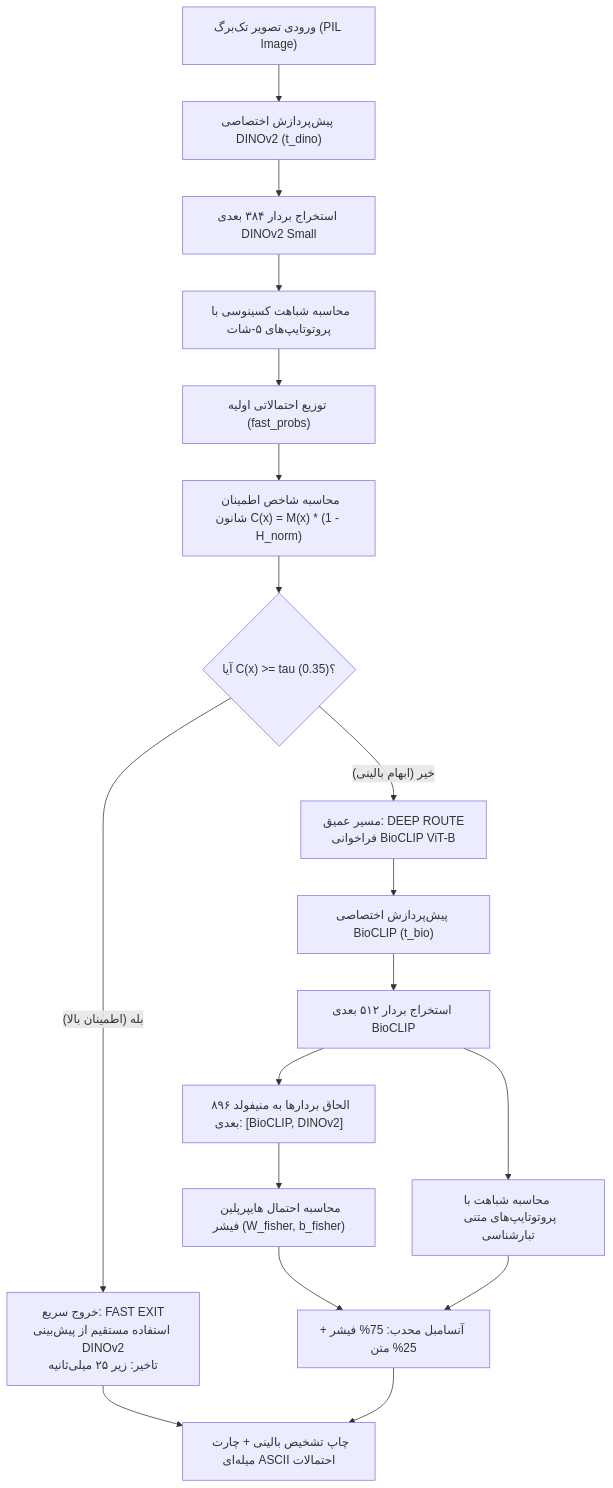
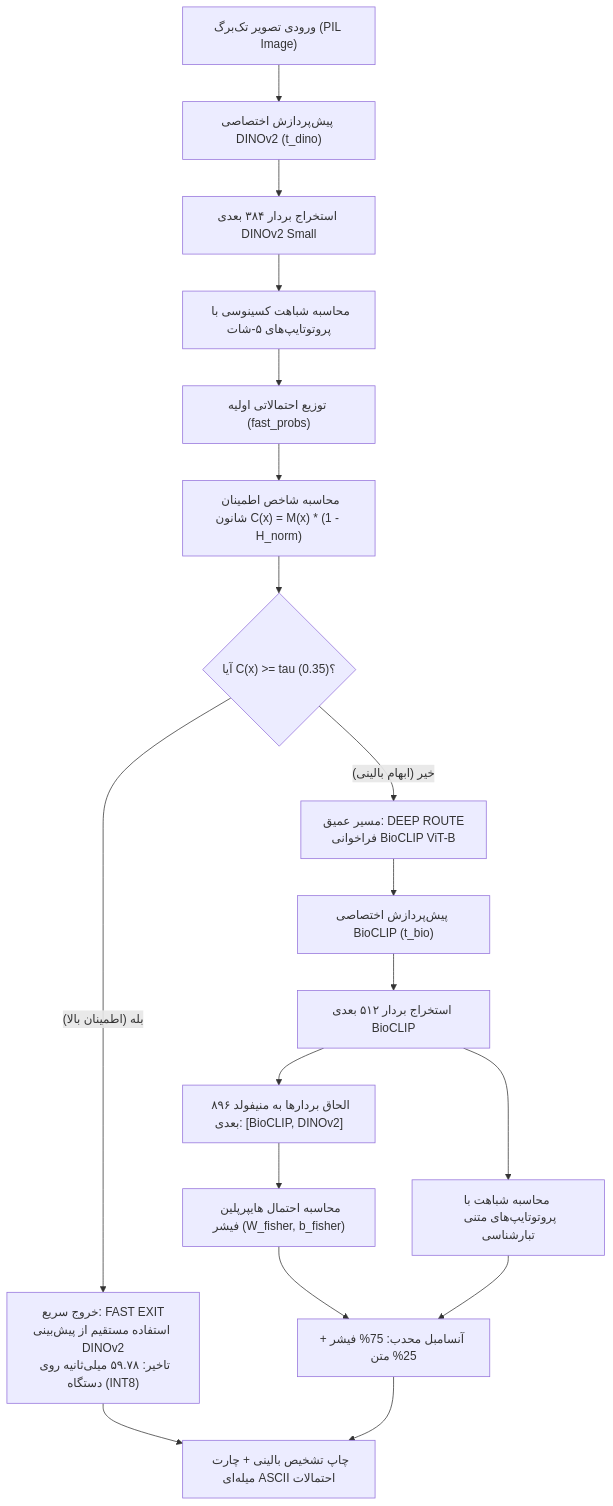
The diagram in docs/demo_predict_guide.md (mortezahatamikia-code/uncertainty-gated-paper), drawn with Mermaid before and after one commit. The commit also changed other lines of this file and 13 other files, not shown here.

````diff
--- a/docs/demo_predict_guide.md
+++ b/docs/demo_predict_guide.md
@@ -13,23 +13,23 @@
 ```mermaid
 flowchart TD
     A["ورودی تصویر تک‌برگ (PIL Image)"] --> B["پیش‌پردازش اختصاصی DINOv2 (t_dino)"]
     B --> C["استخراج بردار ۳۸۴ بعدی DINOv2 Small"]
     C --> D["محاسبه شباهت کسینوسی با پروتوتایپ‌های ۵-شات"]
     D --> E["توزیع احتمالاتی اولیه (fast_probs)"]
     E --> F["محاسبه شاخص اطمینان شانون C(x) = M(x) * (1 - H_norm)"]
     
     F --> G{"آیا C(x) >= tau (0.35)؟"}
     
-    G -- "بله (اطمینان بالا)" --> H["خروج سریع: FAST EXIT\nاستفاده مستقیم از پیش‌بینی DINOv2\nتاخیر: زیر ۲۵ میلی‌ثانیه"]
+    G -- "بله (اطمینان بالا)" --> H["خروج سریع: FAST EXIT\nاستفاده مستقیم از پیش‌بینی DINOv2\nتاخیر: ۵۹.۷۸ میلی‌ثانیه روی دستگاه (INT8)"]
     G -- "خیر (ابهام بالینی)" --> I["مسیر عمیق: DEEP ROUTE\nفراخوانی BioCLIP ViT-B"]
     
     I --> J["پیش‌پردازش اختصاصی BioCLIP (t_bio)"]
     J --> K["استخراج بردار ۵۱۲ بعدی BioCLIP"]
     K --> L["الحاق بردارها به منیفولد ۸۹۶ بعدی: [BioCLIP, DINOv2]"]
     L --> M["محاسبه احتمال هایپرپلین فیشر (W_fisher, b_fisher)"]
     K --> N["محاسبه شباهت با پروتوتایپ‌های متنی تبارشناسی"]
     M & N --> O["آنسامبل محدب: 75% فیشر + 25% متن"]
     
     H --> P["چاپ تشخیص بالینی + چارت میله‌ای ASCII احتمالات"]
     O --> P
 ```
````
